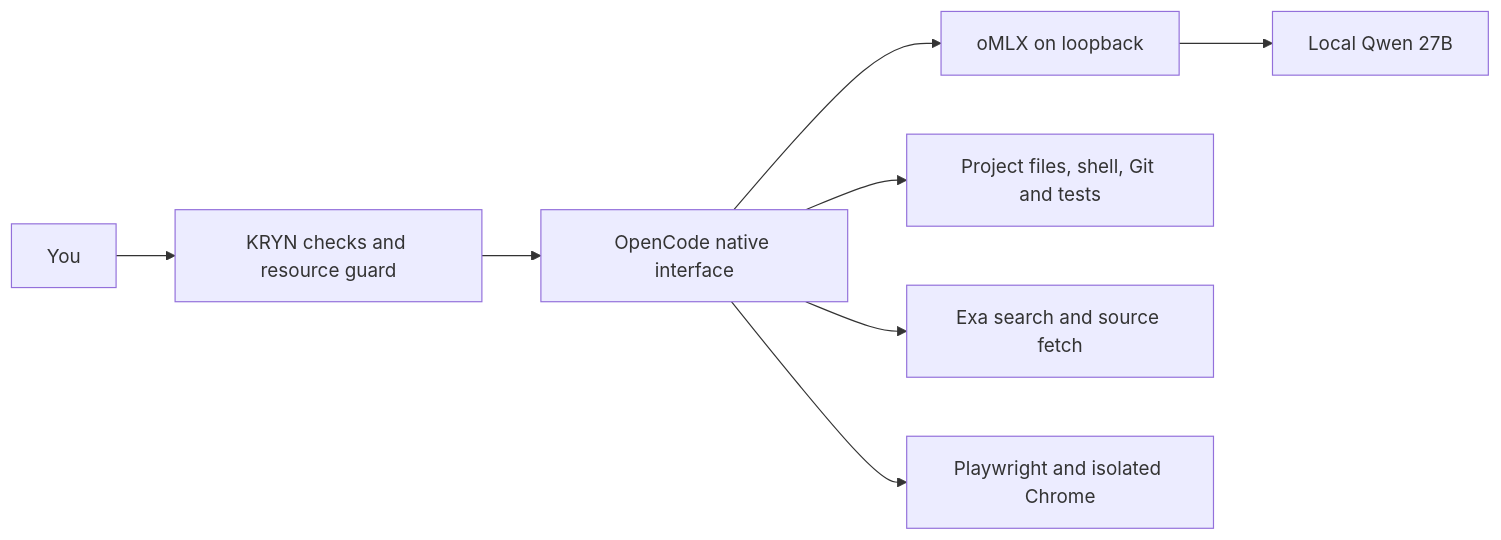
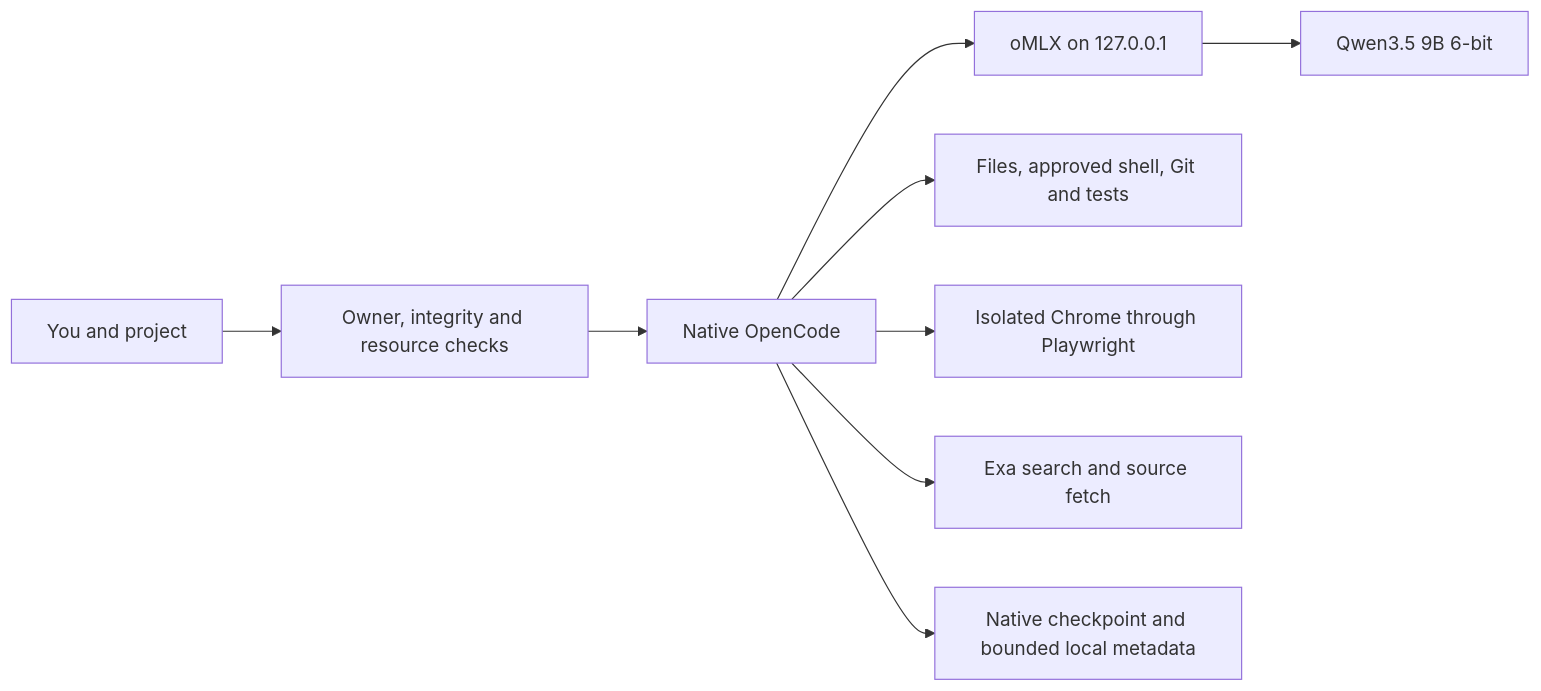
Before and after one commit to PranavMishra28/kryn: the first of 2 diagrams in README.md, drawn with Mermaid. The commit also changed other lines of this file and 33 other files, not shown here.

Commit message:
Package private KRYN client with safe profiles and bounded native learning

````diff
--- a/README.md
+++ b/README.md
@@ -36,10 +35,11 @@
 ```mermaid
 flowchart LR
-    U[You] --> K[KRYN checks and resource guard]
-    K --> O[OpenCode native interface]
-    O --> L[oMLX on loopback]
-    L --> Q[Local Qwen 27B]
-    O --> P[Project files, shell, Git and tests]
-    O --> S[Exa search and source fetch]
-    O --> B[Playwright and isolated Chrome]
+    U[You and project] --> K[Owner, integrity and resource checks]
+    K --> O[Native OpenCode]
+    O --> L[oMLX on 127.0.0.1]
+    L --> Q[Qwen3.5 9B 6-bit]
+    O --> F[Files, approved shell, Git and tests]
+    O --> B[Isolated Chrome through Playwright]
+    O --> W[Exa search and source fetch]
+    O --> T[Native checkpoint and bounded local metadata]
 ```
````
